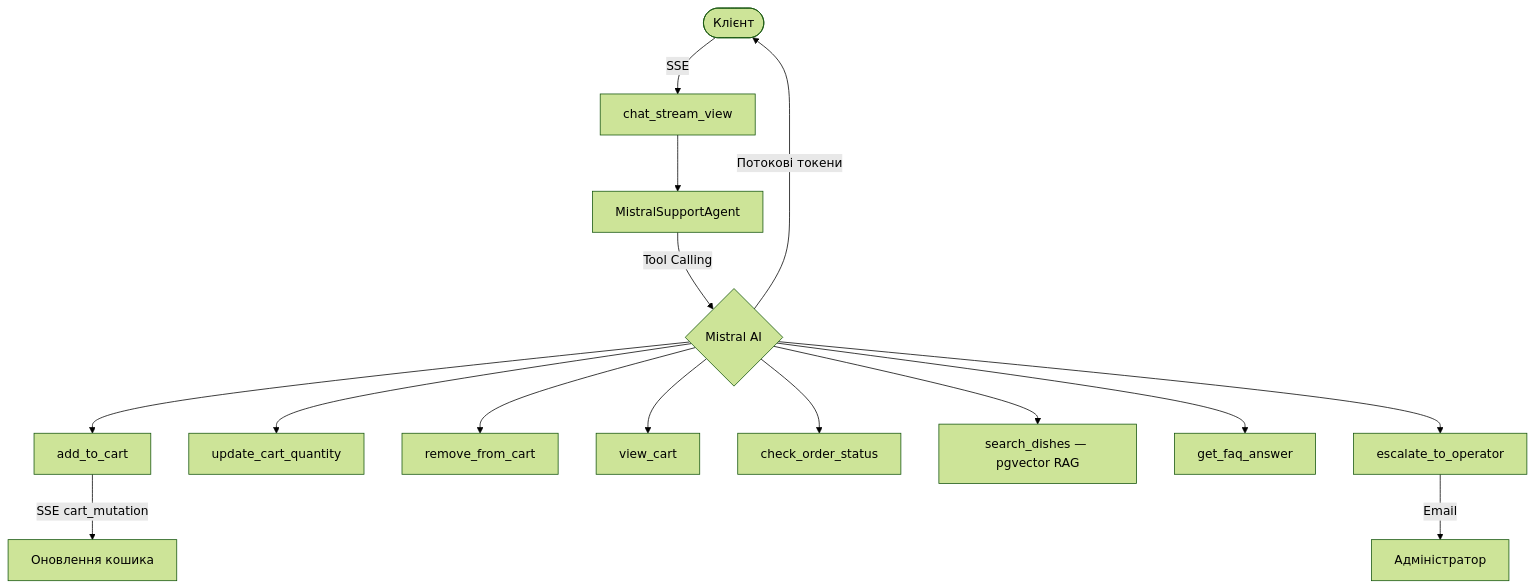
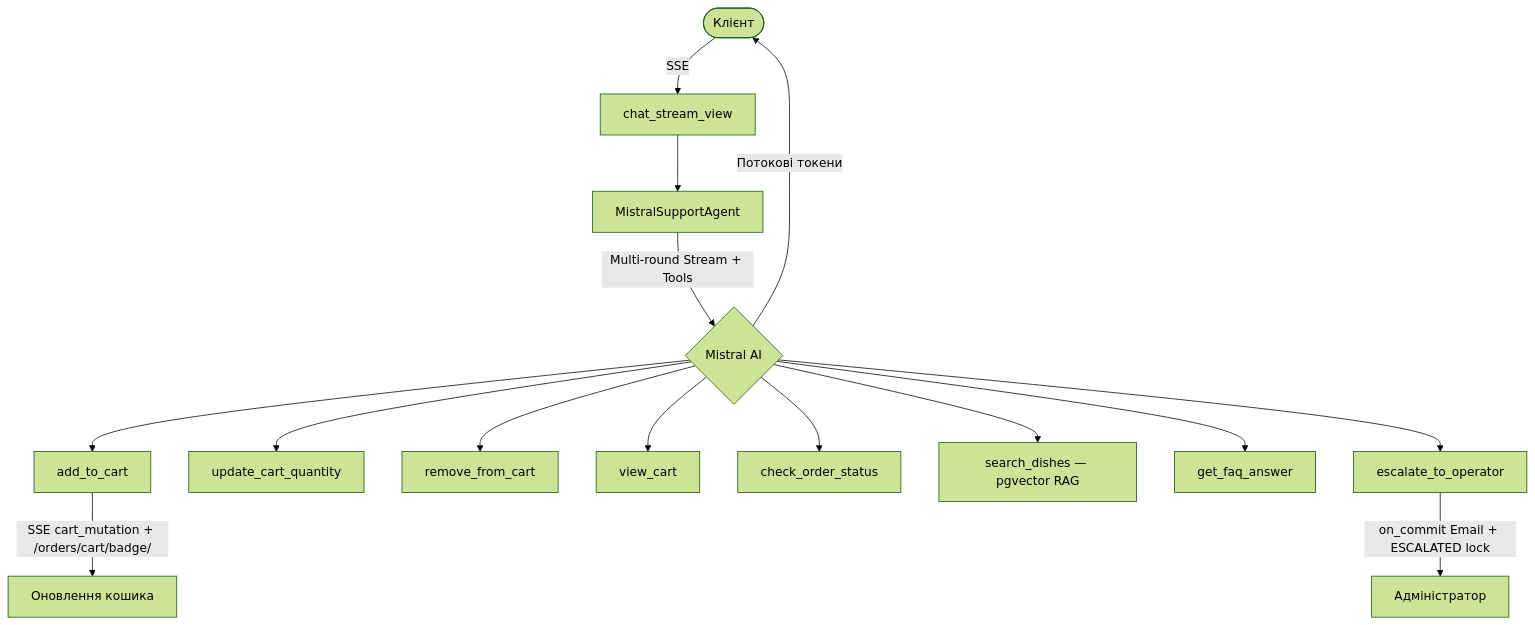
The diagram in README.md (iDeash123/DoubleBite), drawn with Mermaid (forest theme) before and after one commit. The commit also changed other lines of this file and 15 other files, not shown here.

````diff
--- a/README.md
+++ b/README.md
@@ -127,19 +148,19 @@
 ```mermaid
 flowchart TD
     User([Клієнт]) -->|SSE| StreamView[chat_stream_view]
     StreamView --> Agent[MistralSupportAgent]
-    Agent -->|Tool Calling| LLM{Mistral AI}
+    Agent -->|Multi-round Stream + Tools| LLM{Mistral AI}
 
     LLM --> add_to_cart[add_to_cart]
     LLM --> update_cart[update_cart_quantity]
     LLM --> remove_cart[remove_from_cart]
     LLM --> view_cart[view_cart]
     LLM --> check_status[check_order_status]
     LLM --> search[search_dishes — pgvector RAG]
     LLM --> faq[get_faq_answer]
     LLM --> escalate[escalate_to_operator]
 
-    add_to_cart -->|SSE cart_mutation| UI[Оновлення кошика]
-    escalate -->|Email| Admin[Адміністратор]
+    add_to_cart -->|SSE cart_mutation + /orders/cart/badge/| UI[Оновлення кошика]
+    escalate -->|on_commit Email + ESCALATED lock| Admin[Адміністратор]
     LLM -->|Потокові токени| User
 ```
````
